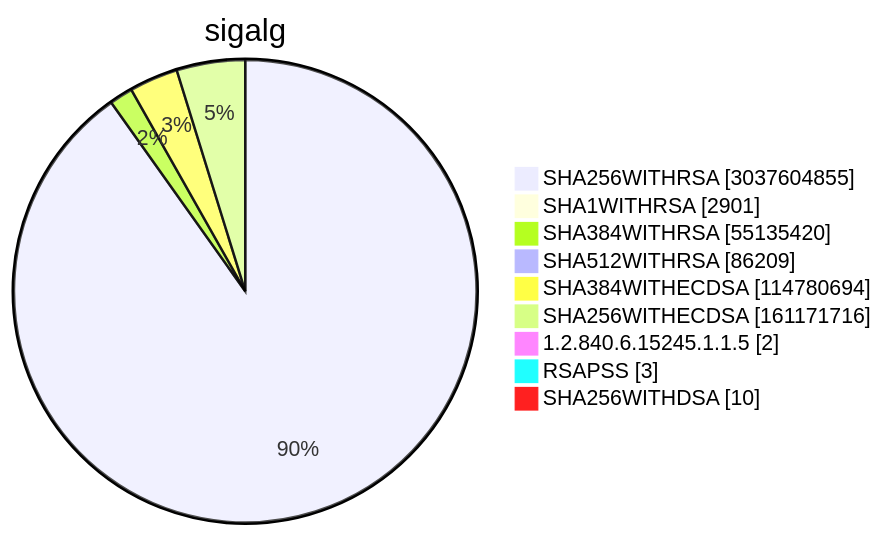
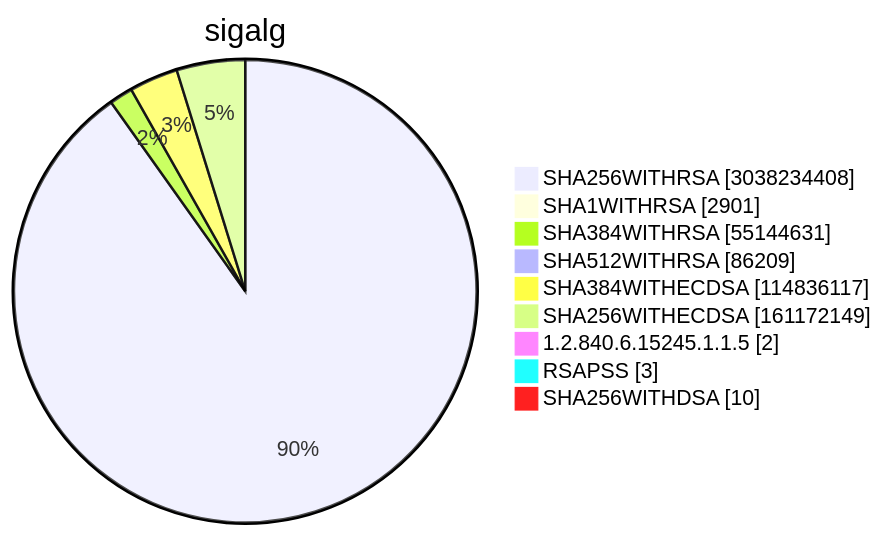
Diagram 15 of 15 in TOTAL/README.md (christiankrug/ctmonitor_visualization), drawn with Mermaid before and after one commit. The commit also changed other lines of this file, not shown here.

````diff
--- a/TOTAL/README.md
+++ b/TOTAL/README.md
@@ -6208,13 +6208,13 @@
 ```mermaid
 pie showData
 title sigalg
-"SHA256WITHRSA" :3037604855
+"SHA256WITHRSA" :3038234408
 "SHA1WITHRSA" :2901
-"SHA384WITHRSA" :55135420
+"SHA384WITHRSA" :55144631
 "SHA512WITHRSA" :86209
-"SHA384WITHECDSA" :114780694
-"SHA256WITHECDSA" :161171716
+"SHA384WITHECDSA" :114836117
+"SHA256WITHECDSA" :161172149
 "1.2.840.6.15245.1.1.5" :2
 "RSAPSS" :3
 "SHA256WITHDSA" :10
 ```
````
